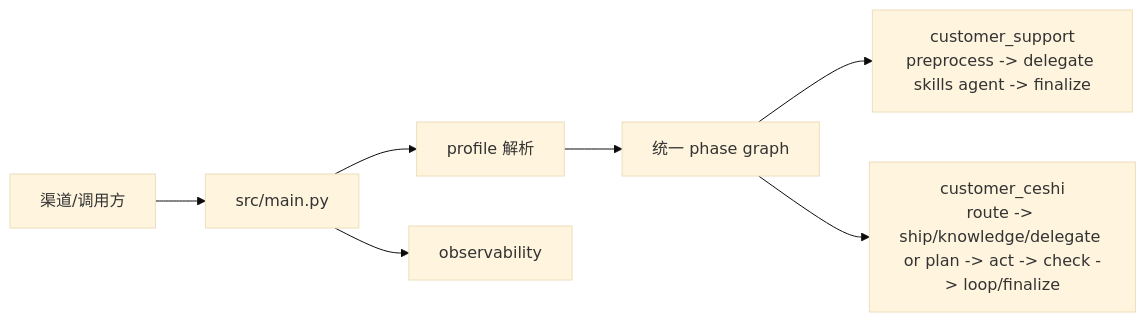
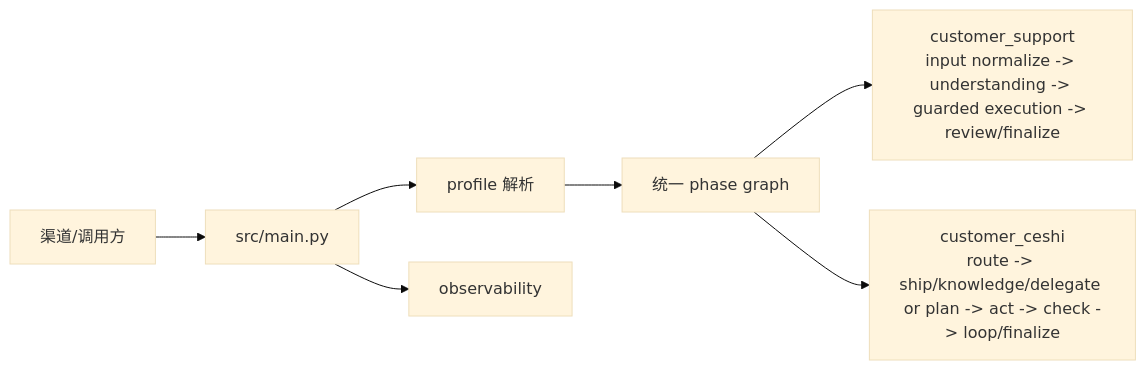
One commit to lr12338/hifleet-agent changed the diagram in docs/README.md. Above: the diagram before and after it, drawn with Mermaid (base theme). The commit also changed other lines of this file and 19 other files, not shown here.

````diff
--- a/docs/README.md
+++ b/docs/README.md
@@ -35,9 +34,9 @@
 ```mermaid
 flowchart LR
     Client[渠道/调用方] --> API[src/main.py]
     API --> Profile[profile 解析]
     Profile --> Graph[统一 phase graph]
-    Graph --> CS[customer_support<br/>preprocess -> delegate skills agent -> finalize]
+    Graph --> CS[customer_support<br/>input normalize -> understanding -> guarded execution -> review/finalize]
     Graph --> Ceshi[customer_ceshi<br/>route -> ship/knowledge/delegate or plan -> act -> check -> loop/finalize]
     API --> Obs[observability]
 ```
````
